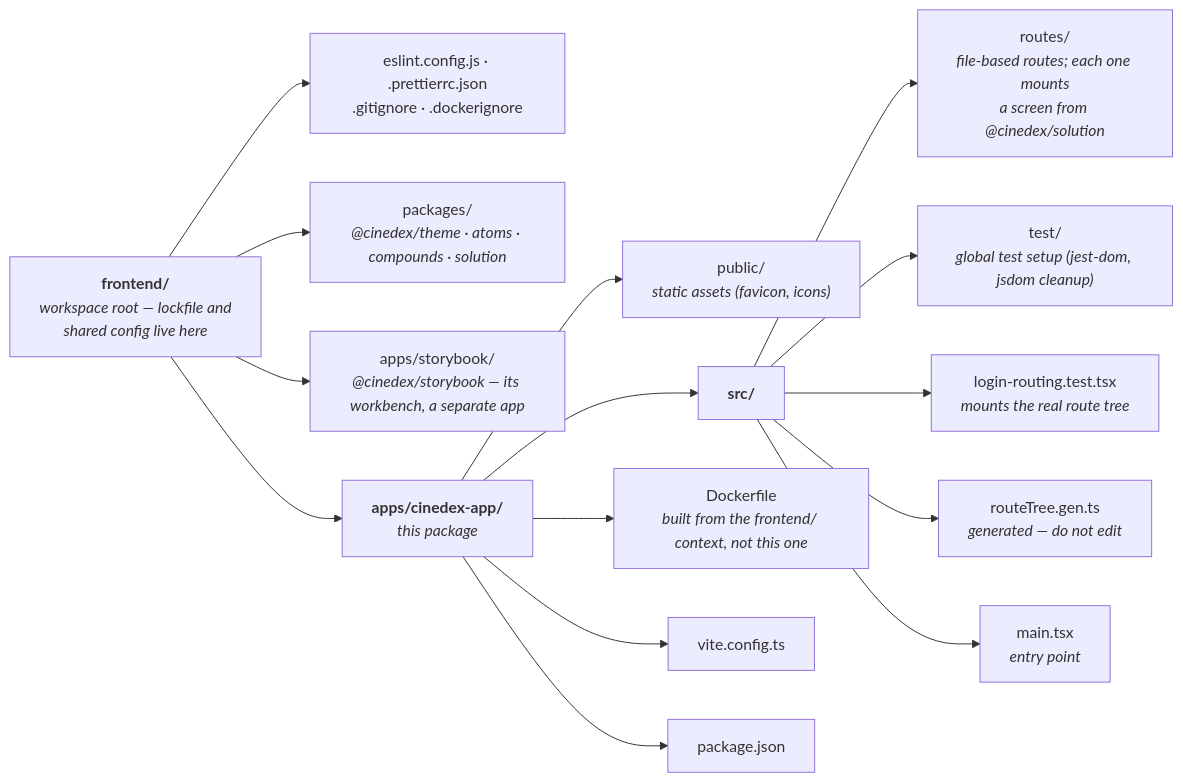
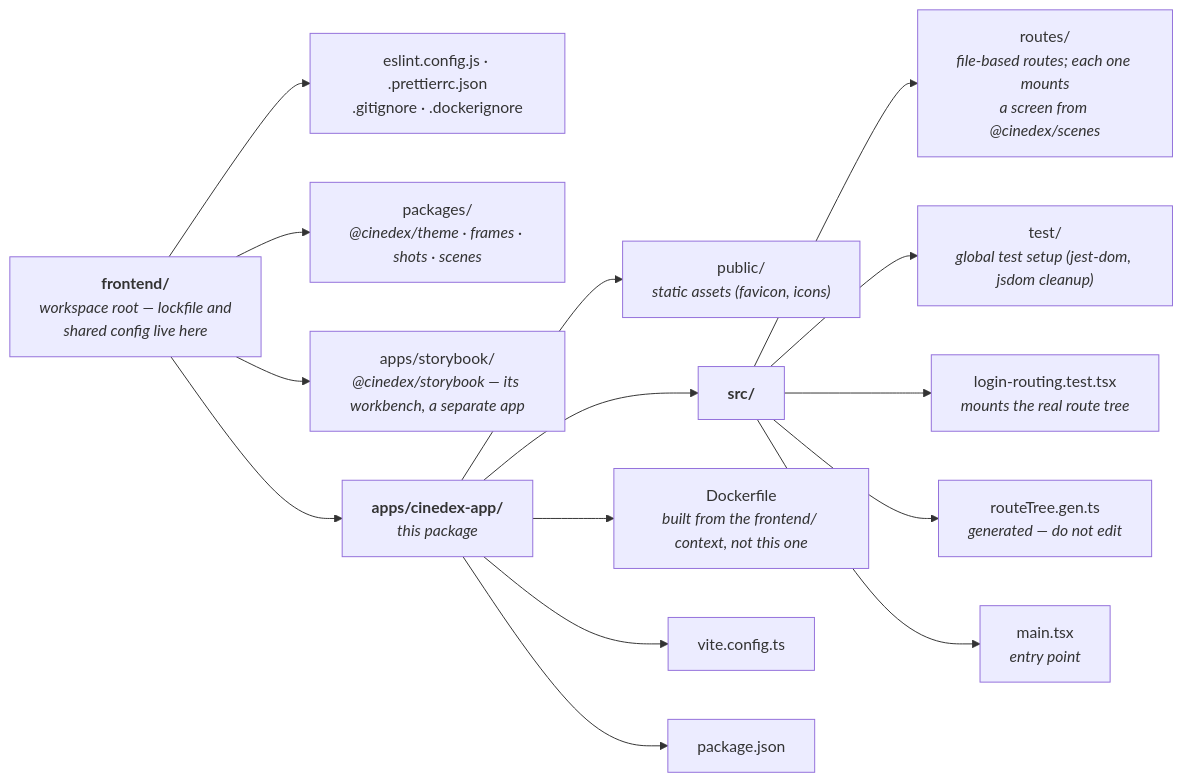
Before and after one commit to felipedferreira/Cinedex: the diagram in frontend/apps/cinedex-app/README.md, drawn with Mermaid. The commit also changed other lines of this file and 227 other files, not shown here.

Commit message:
refactor(frontend): rename component tiers to frames, shots and scenes (#86)

````diff
--- a/frontend/apps/cinedex-app/README.md
+++ b/frontend/apps/cinedex-app/README.md
@@ -9,21 +9,21 @@
 ```mermaid
 flowchart LR
     FE["<b>frontend/</b><br/><i>workspace root — lockfile and<br/>shared config live here</i>"]
 
     FE --> CFG["eslint.config.js · .prettierrc.json<br/>.gitignore · .dockerignore"]
-    FE --> COMP["packages/<br/><i>@cinedex/theme · atoms · compounds · solution</i>"]
+    FE --> COMP["packages/<br/><i>@cinedex/theme · frames · shots · scenes</i>"]
     FE --> SB["apps/storybook/<br/><i>@cinedex/storybook — its workbench, a separate app</i>"]
     FE --> APP["<b>apps/cinedex-app/</b><br/><i>this package</i>"]
 
     APP --> PUB["public/<br/><i>static assets (favicon, icons)</i>"]
     APP --> SRC["<b>src/</b>"]
     APP --> DOCKER["Dockerfile<br/><i>built from the frontend/ context, not this one</i>"]
     APP --> VITE["vite.config.ts"]
     APP --> PKG["package.json"]
 
-    SRC --> S1["routes/<br/><i>file-based routes; each one mounts<br/>a screen from @cinedex/solution</i>"]
+    SRC --> S1["routes/<br/><i>file-based routes; each one mounts<br/>a screen from @cinedex/scenes</i>"]
     SRC --> S2["test/<br/><i>global test setup (jest-dom, jsdom cleanup)</i>"]
     SRC --> S3["login-routing.test.tsx<br/><i>mounts the real route tree</i>"]
     SRC --> S4["routeTree.gen.ts<br/><i>generated — do not edit</i>"]
     SRC --> S5["main.tsx<br/><i>entry point</i>"]
 ```
````
